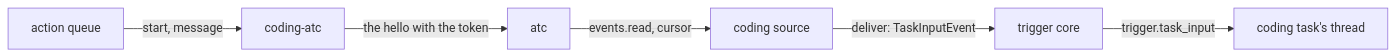
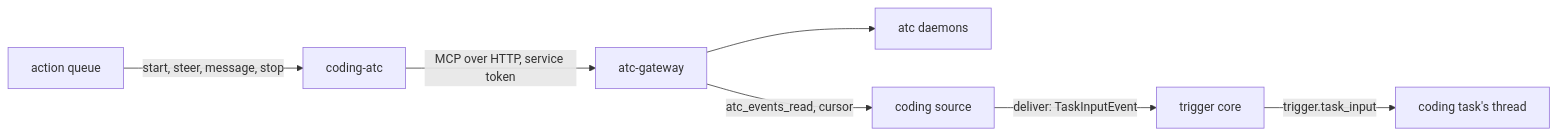
Before and after one commit to zgeoff/nixie: the diagram in docs/design/queue/coding-session-runner/atc.md, drawn with Mermaid. The commit also changed other lines of this file and 3 other files, not shown here.

First line of the commit message:
docs(design): steer coding sessions through their input

````diff
--- a/docs/design/queue/coding-session-runner/atc.md
+++ b/docs/design/queue/coding-session-runner/atc.md
@@ -19,8 +19,9 @@
 ```mermaid
 flowchart LR
-  queue[action queue] -->|"start, message"| adapter[coding-atc]
-  adapter -->|"the hello with the token"| atc[atc]
-  atc -->|"events.read, cursor"| source[coding source]
+  queue[action queue] -->|"start, steer, message, stop"| adapter[coding-atc]
+  adapter -->|"MCP over HTTP, service token"| gw[atc-gateway]
+  gw --> daemons[atc daemons]
+  gw -->|"atc_events_read, cursor"| source[coding source]
   source -->|"deliver: TaskInputEvent"| core[trigger core]
   core -->|"trigger.task_input"| thread[coding task's thread]
 ```
````
